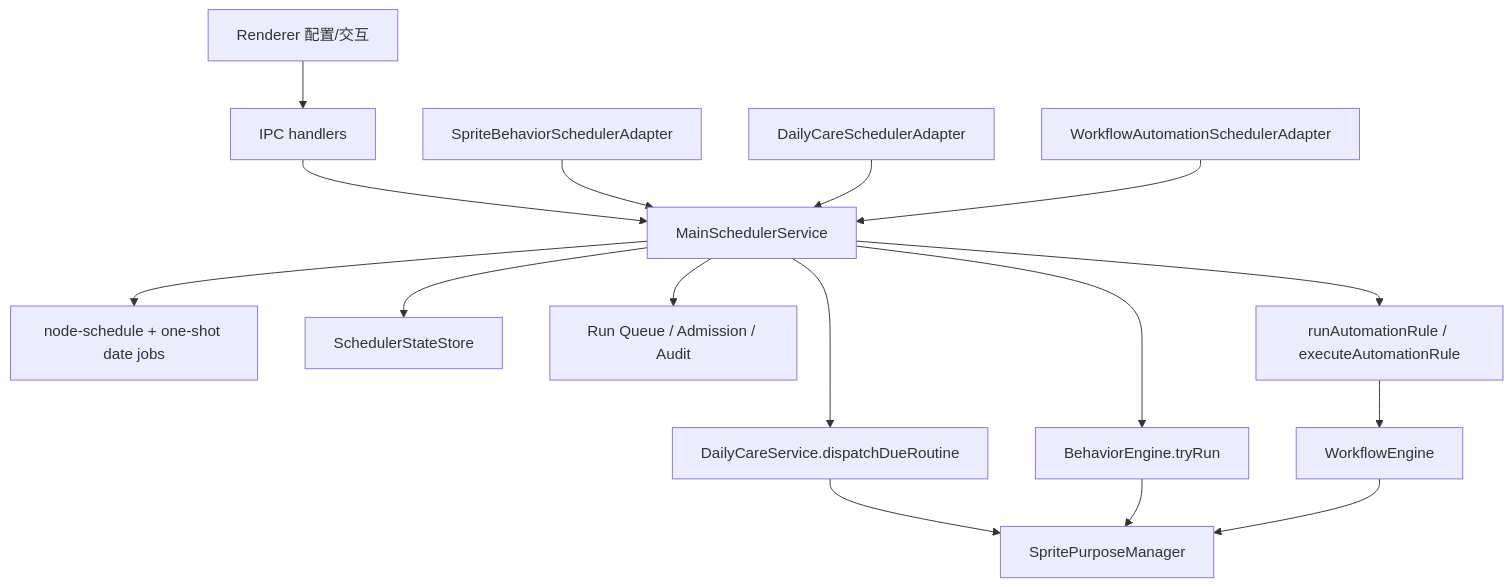
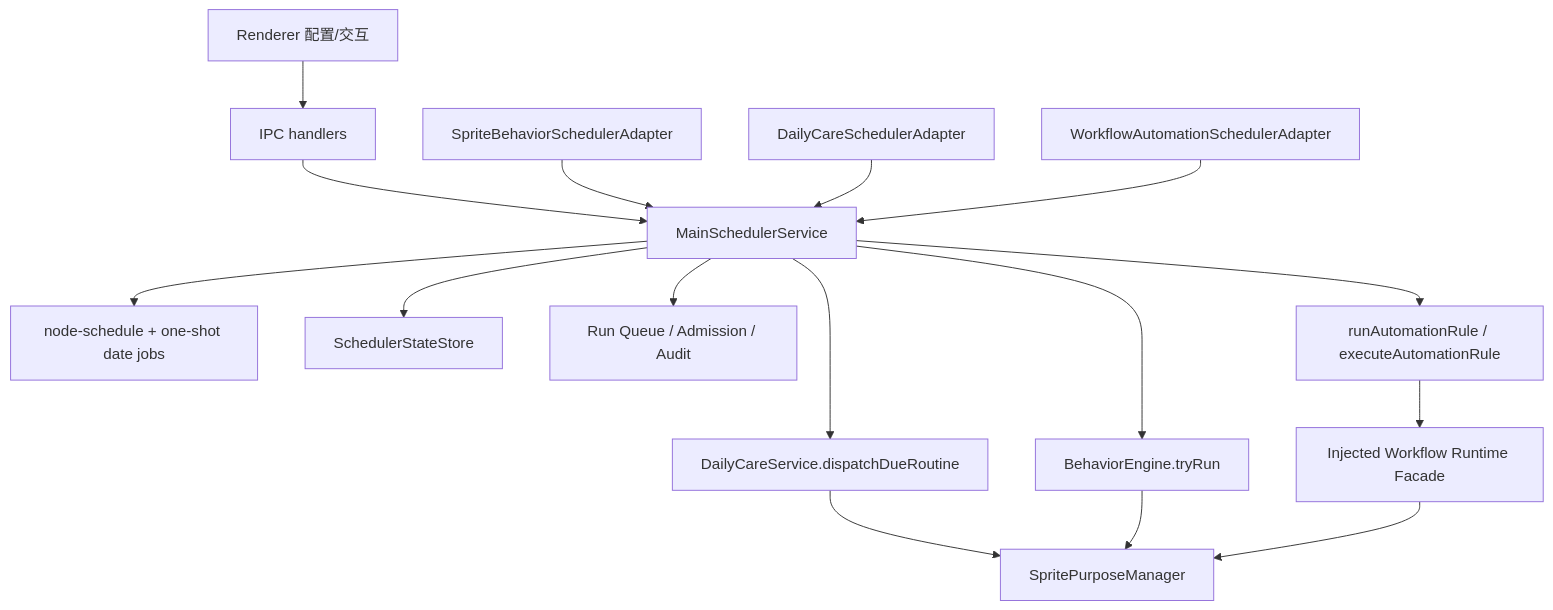
One commit to WondrousBox/Chobits changed the diagram in docs/scheduler-system/main-process-scheduler-unification-plan.md. Above: the diagram before and after it, drawn with Mermaid. The commit also changed other lines of this file and 12 other files, not shown here.

````diff
--- a/docs/scheduler-system/main-process-scheduler-unification-plan.md
+++ b/docs/scheduler-system/main-process-scheduler-unification-plan.md
@@ -68,22 +70,22 @@
 ```mermaid
 flowchart TD
   Renderer["Renderer 配置/交互"] --> IPC["IPC handlers"]
   IPC --> MainScheduler["MainSchedulerService"]
 
   MainScheduler --> Engine["node-schedule + one-shot date jobs"]
   MainScheduler --> State["SchedulerStateStore"]
   MainScheduler --> Runtime["Run Queue / Admission / Audit"]
 
   SpriteAdapter["SpriteBehaviorSchedulerAdapter"] --> MainScheduler
   DailyCareAdapter["DailyCareSchedulerAdapter"] --> MainScheduler
   AutomationAdapter["WorkflowAutomationSchedulerAdapter"] --> MainScheduler
 
   MainScheduler --> SpriteBehavior["BehaviorEngine.tryRun"]
   MainScheduler --> DailyCare["DailyCareService.dispatchDueRoutine"]
   MainScheduler --> AutomationExec["runAutomationRule / executeAutomationRule"]
 
   DailyCare --> Purpose["SpritePurposeManager"]
   SpriteBehavior --> Purpose
-  AutomationExec --> Workflow["WorkflowEngine"]
+  AutomationExec --> Workflow["Injected Workflow Runtime Facade"]
   Workflow --> Purpose
 ```
````
